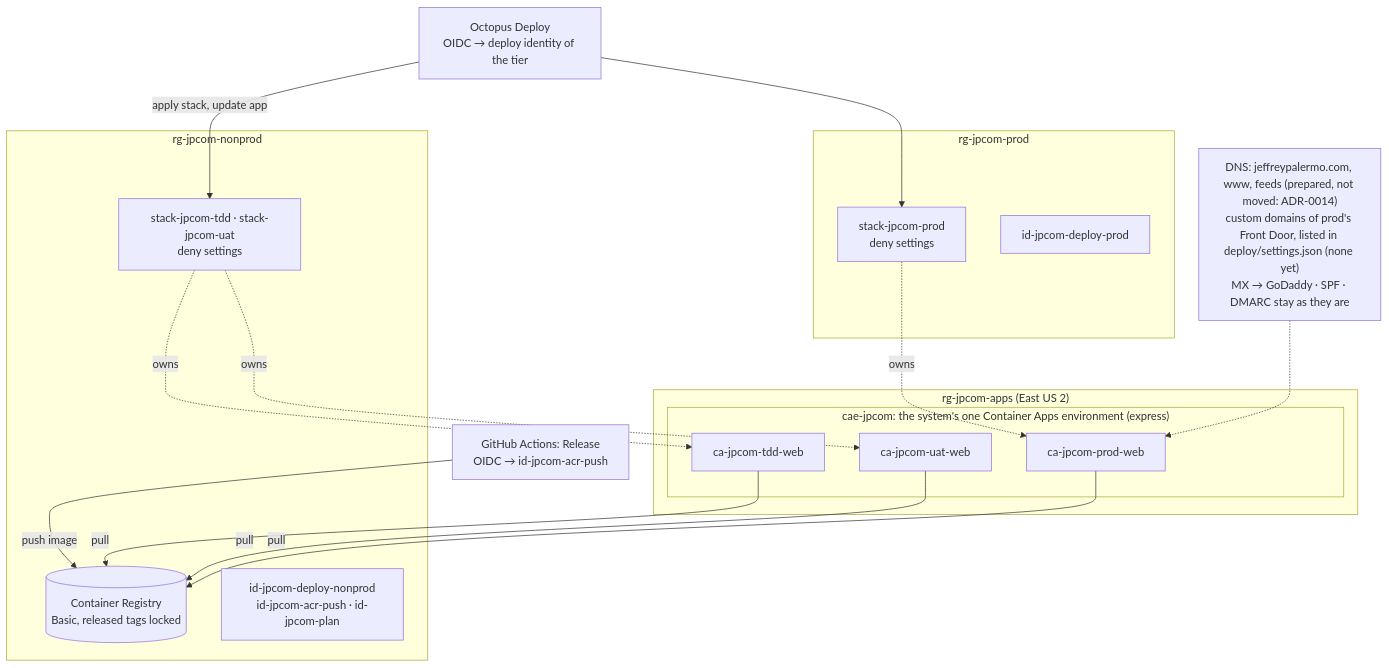
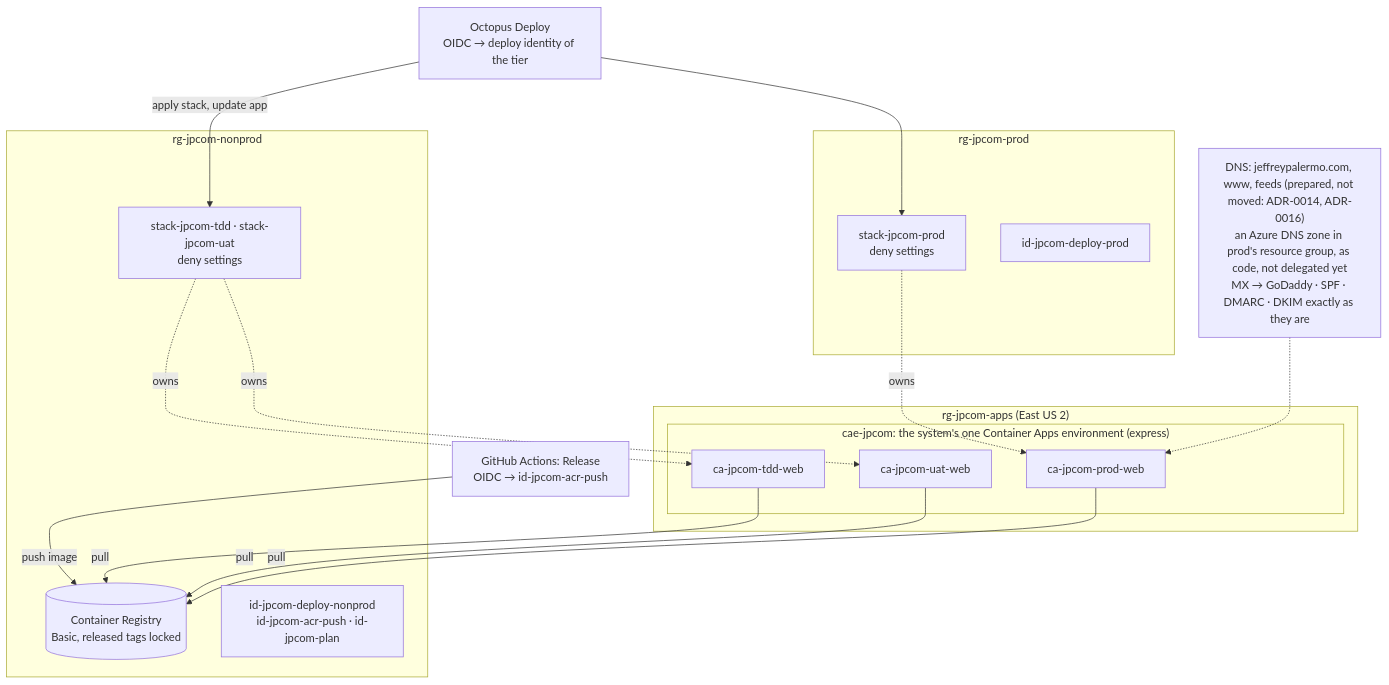
The sixth of 7 diagrams in docs/architecture/README.md (jeffreypalermo-sites/jeffreypalermo.com), drawn with Mermaid before and after one commit. The commit also changed other lines of this file and 20 other files, not shown here.

````diff
--- a/docs/architecture/README.md
+++ b/docs/architecture/README.md
@@ -393,30 +393,30 @@
 ```mermaid
 flowchart TB
-    dns["DNS: jeffreypalermo.com, www, feeds (prepared, not moved: ADR-0014)<br/>custom domains of prod's Front Door, listed in deploy/settings.json (none yet)<br/>MX → GoDaddy · SPF · DMARC stay as they are"]
+    dns["DNS: jeffreypalermo.com, www, feeds (prepared, not moved: ADR-0014, ADR-0016)<br/>an Azure DNS zone in prod's resource group, as code, not delegated yet<br/>MX → GoDaddy · SPF · DMARC · DKIM exactly as they are"]
     subgraph apps["rg-jpcom-apps (East US 2)"]
         subgraph env["cae-jpcom: the system's one Container Apps environment (express)"]
             tdd["ca-jpcom-tdd-web"]
             uat["ca-jpcom-uat-web"]
             prod["ca-jpcom-prod-web"]
         end
     end
     subgraph nonprod["rg-jpcom-nonprod"]
         acr[(Container Registry<br/>Basic, released tags locked)]
         s1["stack-jpcom-tdd · stack-jpcom-uat<br/>deny settings"]
         idn["id-jpcom-deploy-nonprod<br/>id-jpcom-acr-push · id-jpcom-plan"]
     end
     subgraph prodrg["rg-jpcom-prod"]
         s2["stack-jpcom-prod<br/>deny settings"]
         idp["id-jpcom-deploy-prod"]
     end
     gha[GitHub Actions: Release<br/>OIDC → id-jpcom-acr-push] -- push image --> acr
     octo[Octopus Deploy<br/>OIDC → deploy identity of the tier] -- apply stack, update app --> s1
     octo --> s2
     s1 -. owns .-> tdd
     s1 -. owns .-> uat
     s2 -. owns .-> prod
     tdd -- pull --> acr
     uat -- pull --> acr
     prod -- pull --> acr
     dns -.-> prod
 ```
````
